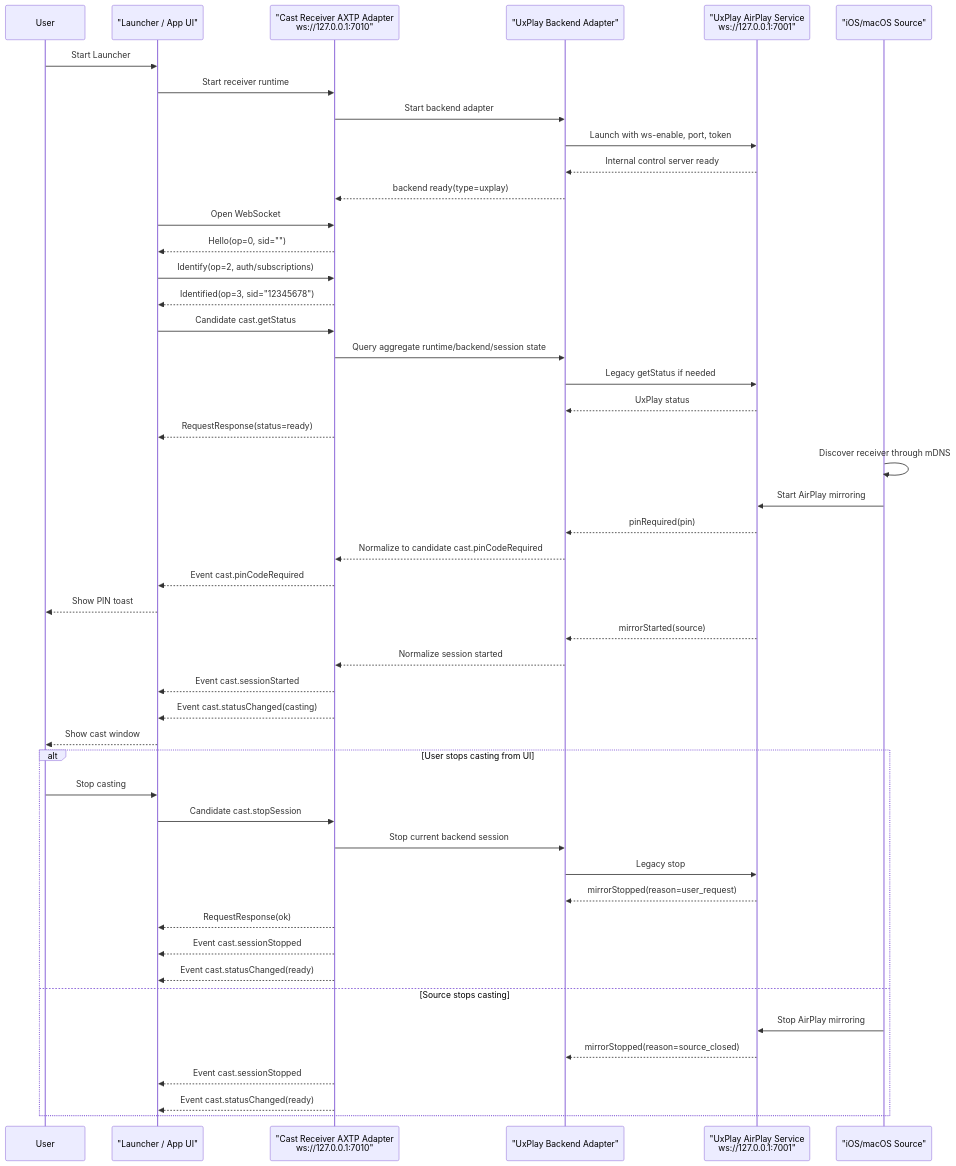
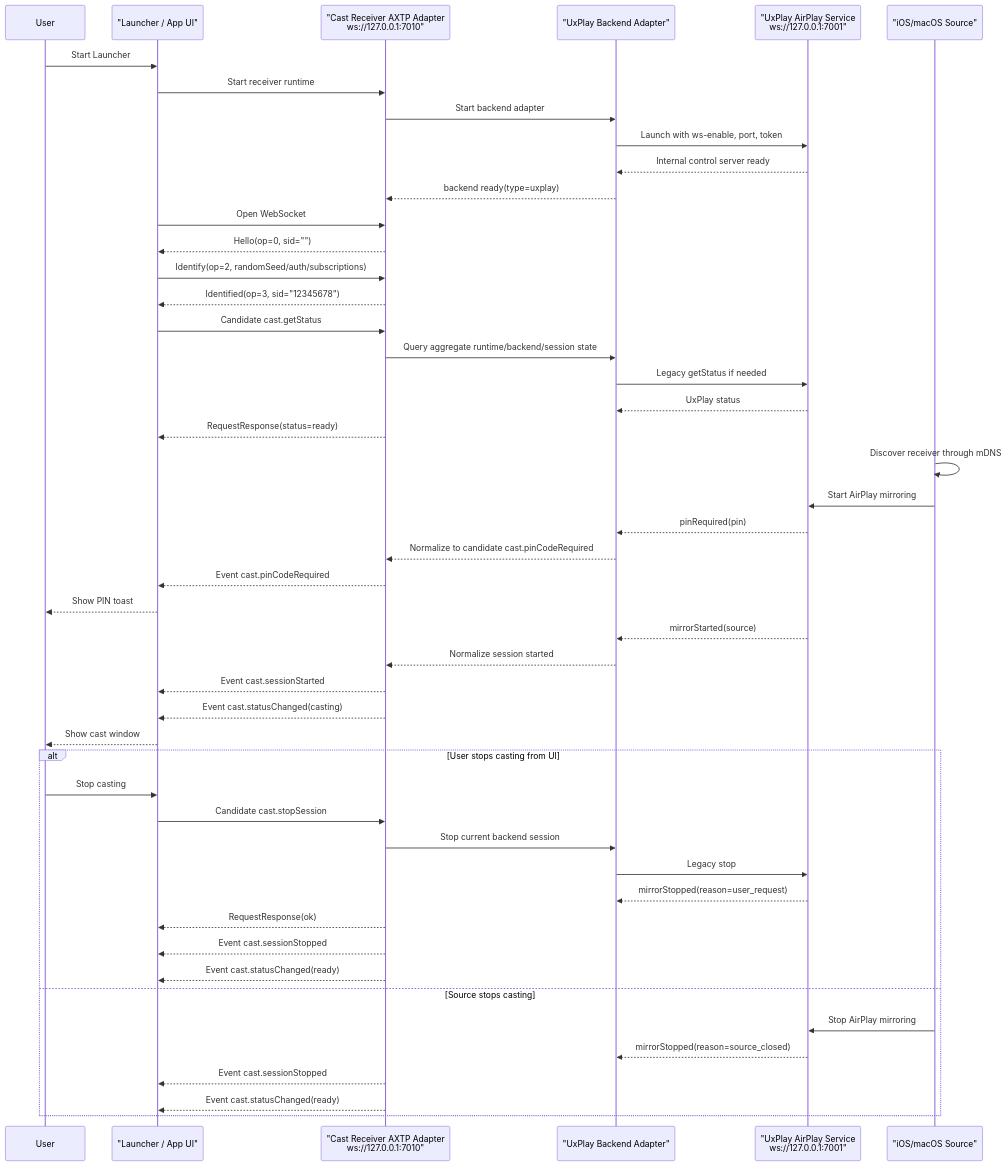
One commit to Mostorm-Labs/axtp changed the diagram in docs/flows/cast-reciever-uxplay.md. Above: the diagram before and after it, drawn with Mermaid. The commit also changed other lines of this file and 25 other files, not shown here.

````diff
--- a/docs/flows/cast-reciever-uxplay.md
+++ b/docs/flows/cast-reciever-uxplay.md
@@ -128,56 +128,56 @@
 ```mermaid
 sequenceDiagram
     participant User
     participant Launcher as "Launcher / App UI"
     participant AXTP as "Cast Receiver AXTP Adapter<br/>ws://127.0.0.1:7010"
     participant Backend as "UxPlay Backend Adapter"
     participant UxPlay as "UxPlay AirPlay Service<br/>ws://127.0.0.1:7001"
     participant Source as "iOS/macOS Source"
 
     User->>Launcher: Start Launcher
     Launcher->>AXTP: Start receiver runtime
     AXTP->>Backend: Start backend adapter
     Backend->>UxPlay: Launch with ws-enable, port, token
     UxPlay-->>Backend: Internal control server ready
     Backend-->>AXTP: backend ready(type=uxplay)
 
     Launcher->>AXTP: Open WebSocket
     AXTP-->>Launcher: Hello(op=0, sid="")
-    Launcher->>AXTP: Identify(op=2, auth/subscriptions)
+    Launcher->>AXTP: Identify(op=2, randomSeed/auth/subscriptions)
     AXTP-->>Launcher: Identified(op=3, sid="12345678")
 
     Launcher->>AXTP: Candidate cast.getStatus
     AXTP->>Backend: Query aggregate runtime/backend/session state
     Backend->>UxPlay: Legacy getStatus if needed
     UxPlay-->>Backend: UxPlay status
     AXTP-->>Launcher: RequestResponse(status=ready)
 
     Source->>Source: Discover receiver through mDNS
     Source->>UxPlay: Start AirPlay mirroring
     UxPlay-->>Backend: pinRequired(pin)
     Backend-->>AXTP: Normalize to candidate cast.pinCodeRequired
     AXTP-->>Launcher: Event cast.pinCodeRequired
     Launcher-->>User: Show PIN toast
 
     UxPlay-->>Backend: mirrorStarted(source)
     Backend-->>AXTP: Normalize session started
     AXTP-->>Launcher: Event cast.sessionStarted
     AXTP-->>Launcher: Event cast.statusChanged(casting)
     Launcher-->>User: Show cast window
 
     alt User stops casting from UI
         User->>Launcher: Stop casting
         Launcher->>AXTP: Candidate cast.stopSession
         AXTP->>Backend: Stop current backend session
         Backend->>UxPlay: Legacy stop
         UxPlay-->>Backend: mirrorStopped(reason=user_request)
         AXTP-->>Launcher: RequestResponse(ok)
         AXTP-->>Launcher: Event cast.sessionStopped
         AXTP-->>Launcher: Event cast.statusChanged(ready)
     else Source stops casting
         Source->>UxPlay: Stop AirPlay mirroring
         UxPlay-->>Backend: mirrorStopped(reason=source_closed)
         AXTP-->>Launcher: Event cast.sessionStopped
         AXTP-->>Launcher: Event cast.statusChanged(ready)
     end
 ```
````
